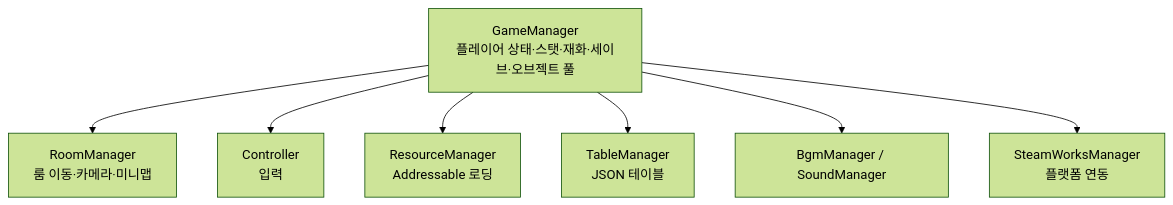
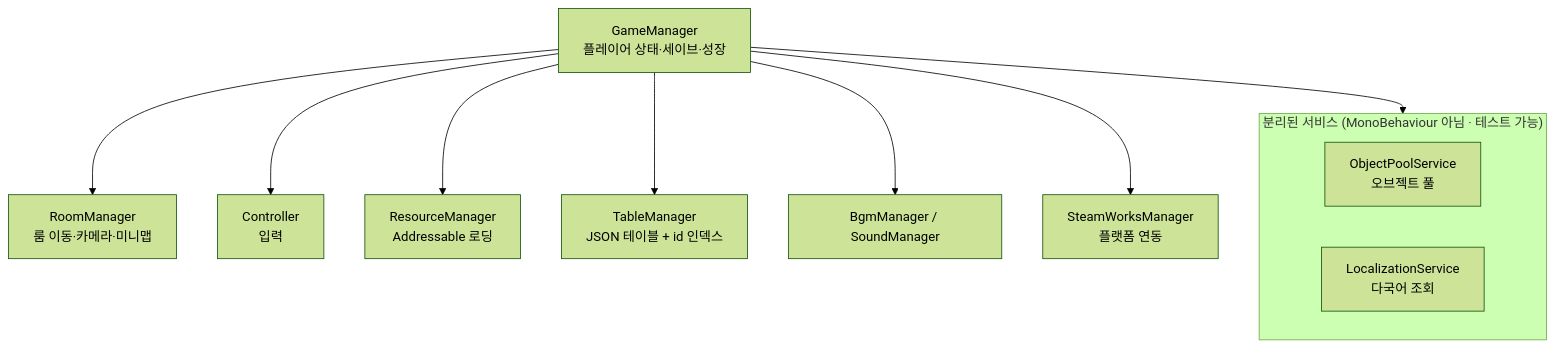
Before and after one commit to wjfeowjr/UpgradeAction-Portfolio: the second of 2 diagrams in README.md, drawn with Mermaid (forest theme). The commit also changed other lines of this file and 4 other files, not shown here.

````diff
--- a/README.md
+++ b/README.md
@@ -262,17 +292,23 @@
 ```mermaid
 flowchart TD
-    GM[GameManager<br/>플레이어 상태·스탯·재화·세이브·오브젝트 풀]
+    GM[GameManager<br/>플레이어 상태·세이브·성장]
     RM[RoomManager<br/>룸 이동·카메라·미니맵]
     CT[Controller<br/>입력]
     RES[ResourceManager<br/>Addressable 로딩]
-    TM[TableManager<br/>JSON 테이블]
+    TM[TableManager<br/>JSON 테이블 + id 인덱스]
     AUD[BgmManager / SoundManager]
     STM[SteamWorksManager<br/>플랫폼 연동]
+
+    subgraph SVC["분리된 서비스 (MonoBehaviour 아님 · 테스트 가능)"]
+        POOL[ObjectPoolService<br/>오브젝트 풀]
+        LOC[LocalizationService<br/>다국어 조회]
+    end
 
     GM --> RM
     GM --> CT
     GM --> RES
     GM --> TM
     GM --> AUD
     GM --> STM
+    GM --> SVC
 ```
````
